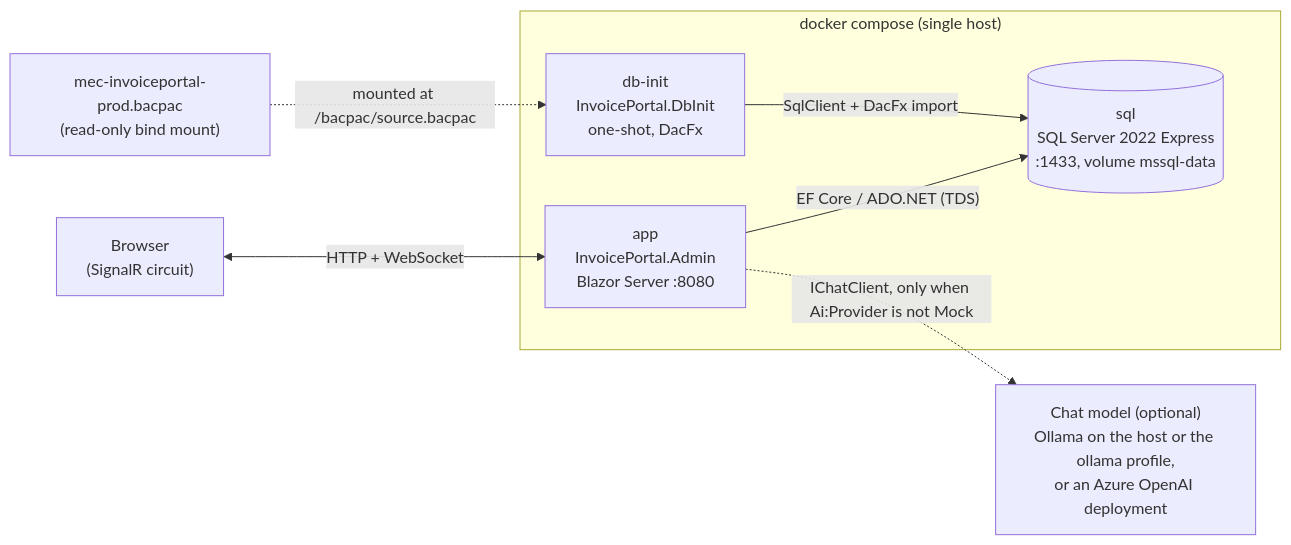
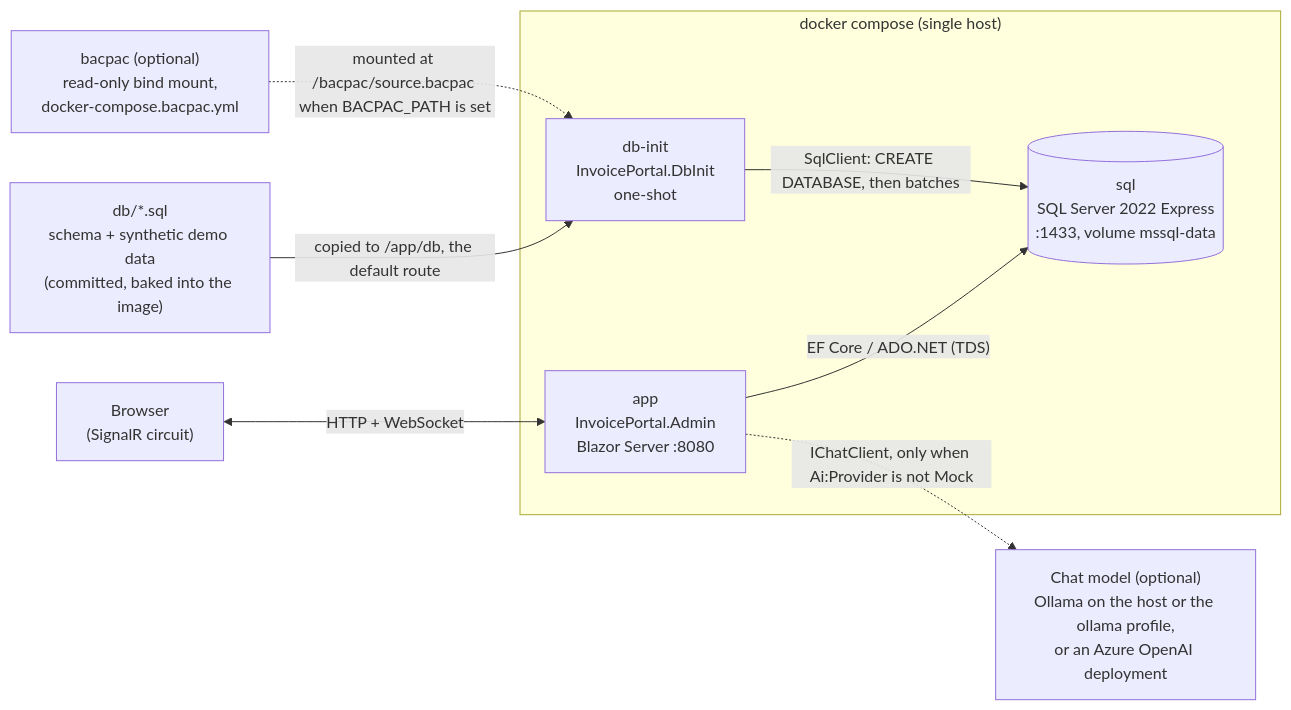
The first of 8 diagrams in ARCHITECTURE.md (KevinRaffay/InvoicePortal), drawn with Mermaid before and after one commit. The commit also changed other lines of this file and 12 other files, not shown here.

First line of the commit message:
Add the database to the repo as SQL

````diff
--- a/ARCHITECTURE.md
+++ b/ARCHITECTURE.md
@@ -26,17 +27,19 @@
 ```mermaid
 flowchart LR
     Browser["Browser<br/>(SignalR circuit)"]
     subgraph compose["docker compose (single host)"]
         App["app<br/>InvoicePortal.Admin<br/>Blazor Server :8080"]
         Sql[("sql<br/>SQL Server 2022 Express<br/>:1433, volume mssql-data")]
-        Init["db-init<br/>InvoicePortal.DbInit<br/>one-shot, DacFx"]
+        Init["db-init<br/>InvoicePortal.DbInit<br/>one-shot"]
     end
-    Bacpac["mec-invoiceportal-prod.bacpac<br/>(read-only bind mount)"]
+    Scripts["db/*.sql<br/>schema + synthetic demo data<br/>(committed, baked into the image)"]
+    Bacpac["bacpac (optional)<br/>read-only bind mount,<br/>docker-compose.bacpac.yml"]
     Model["Chat model (optional)<br/>Ollama on the host or the ollama profile,<br/>or an Azure OpenAI deployment"]
 
     Browser <-->|"HTTP + WebSocket"| App
     App -->|"EF Core / ADO.NET (TDS)"| Sql
     App -.->|"IChatClient, only when Ai:Provider is not Mock"| Model
-    Init -->|"SqlClient + DacFx import"| Sql
-    Bacpac -.->|"mounted at /bacpac/source.bacpac"| Init
+    Init -->|"SqlClient: CREATE DATABASE, then batches"| Sql
+    Scripts -->|"copied to /app/db, the default route"| Init
+    Bacpac -.->|"mounted at /bacpac/source.bacpac when BACPAC_PATH is set"| Init
 ```
````
